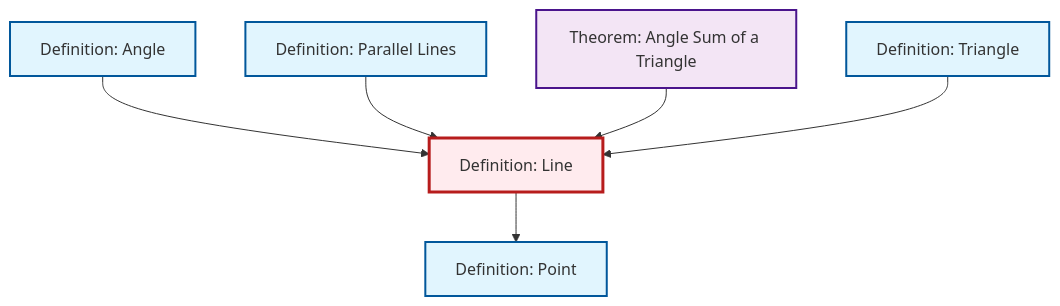
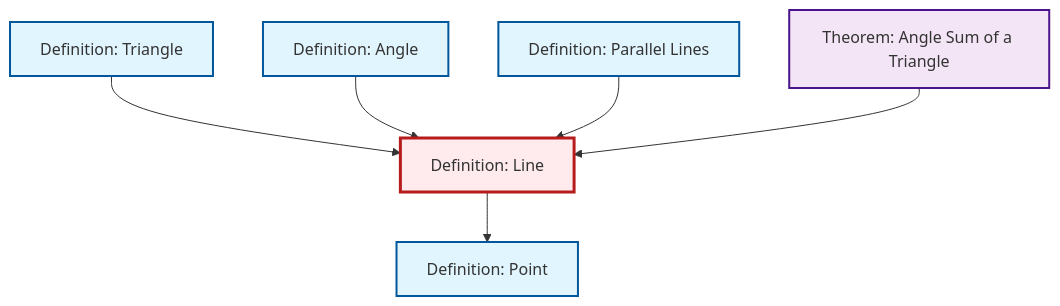
One commit to RK0429/ModernMath changed the diagram in content/en/geometry/def-line.qmd. Above: the diagram before and after it, drawn with Mermaid. The commit also changed other lines of this file and 1012 other files, not shown here.

````diff
--- a/content/en/geometry/def-line.qmd
+++ b/content/en/geometry/def-line.qmd
@@ -45,26 +45,26 @@
 ```{mermaid}
 %%| fig-cap: "Local dependency graph"
 graph TD
     classDef definition fill:#e1f5fe,stroke:#01579b,stroke-width:2px
     classDef theorem fill:#f3e5f5,stroke:#4a148c,stroke-width:2px
     classDef axiom fill:#fff3e0,stroke:#e65100,stroke-width:2px
     classDef example fill:#e8f5e9,stroke:#1b5e20,stroke-width:2px
     classDef current fill:#ffebee,stroke:#b71c1c,stroke-width:3px
-    def-line["Definition: Line"]:::definition
     def-triangle["Definition: Triangle"]:::definition
-    def-parallel["Definition: Parallel Lines"]:::definition
-    def-point["Definition: Point"]:::definition
     def-angle["Definition: Angle"]:::definition
     thm-angle-sum-triangle["Theorem: Angle Sum of a Triangle"]:::theorem
+    def-parallel["Definition: Parallel Lines"]:::definition
+    def-line["Definition: Line"]:::definition
+    def-point["Definition: Point"]:::definition
+    def-line --> def-point
+    def-triangle --> def-line
     def-angle --> def-line
-    def-line --> def-point
     def-parallel --> def-line
     thm-angle-sum-triangle --> def-line
-    def-triangle --> def-line
     class def-line current
     click def-triangle "def-triangle.html" "Go to Triangle definition"
+    click def-angle "def-angle.html" "Go to Angle definition"
+    click thm-angle-sum-triangle "thm-angle-sum-triangle.html" "Go to Angle Sum of a Triangle theorem"
     click def-parallel "def-parallel.html" "Go to Parallel Lines definition"
     click def-point "def-point.html" "Go to Point definition"
-    click def-angle "def-angle.html" "Go to Angle definition"
-    click thm-angle-sum-triangle "thm-angle-sum-triangle.html" "Go to Angle Sum of a Triangle theorem"
 ```
````
